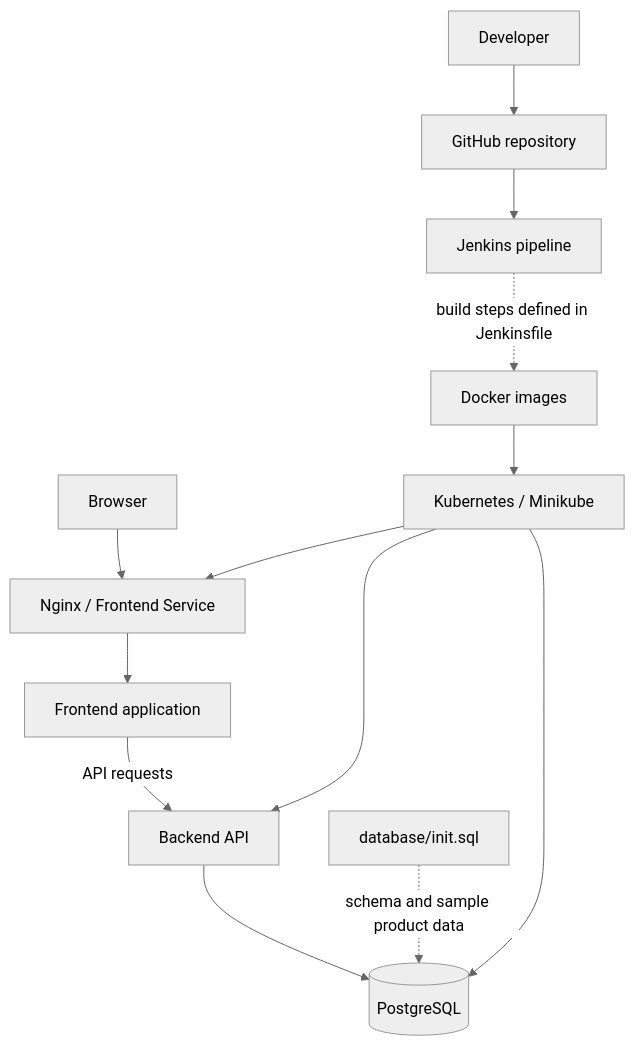
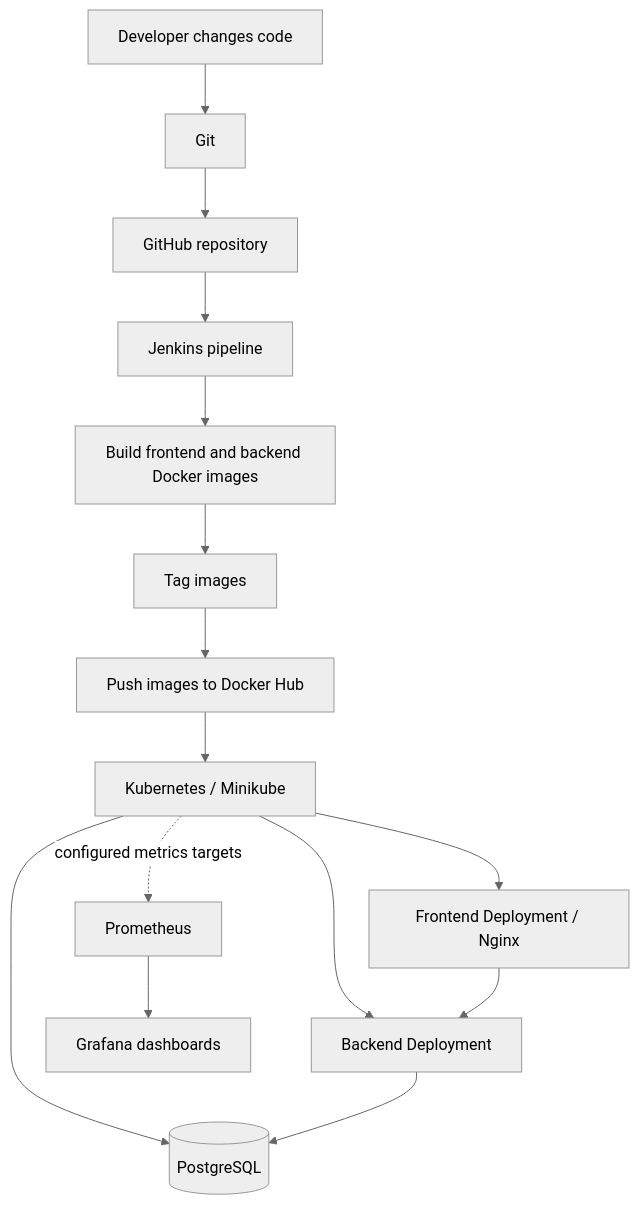
The diagram in README.md (bevararaghu5-netizen/go-furniture), drawn with Mermaid (neutral theme) before and after one commit. The commit also changed other lines of this file and 2 other files, not shown here.

Commit message:
Update DevOps documentation and monitoring guide

````diff
--- a/README.md
+++ b/README.md
@@ -35,15 +9,18 @@
 ```mermaid
 flowchart TD
-    DEV[Developer] --> GH[GitHub repository]
+    DEV[Developer changes code] --> GIT[Git]
+    GIT --> GH[GitHub repository]
     GH --> J[Jenkins pipeline]
-    J -. build steps defined in Jenkinsfile .-> IMG[Docker images]
-    IMG --> K[Kubernetes / Minikube]
-    B[Browser] --> N[Nginx / Frontend Service]
-    N --> FE[Frontend application]
-    FE -->|API requests| BE[Backend API]
-    BE --> DB[(PostgreSQL)]
-    SQL[database/init.sql] -. schema and sample product data .-> DB
-    K --> N
-    K --> BE
-    K --> DB
+    J --> BUILD[Build frontend and backend Docker images]
+    BUILD --> TAG[Tag images]
+    TAG --> DH[Push images to Docker Hub]
+    DH --> K8S[Kubernetes / Minikube]
+    K8S --> FE[Frontend Deployment / Nginx]
+    K8S --> API[Backend Deployment]
+    K8S --> DB[(PostgreSQL)]
+    FE --> API
+    API --> DB
+
+    K8S -. configured metrics targets .-> PROM[Prometheus]
+    PROM --> GRAF[Grafana dashboards]
 ```
````
